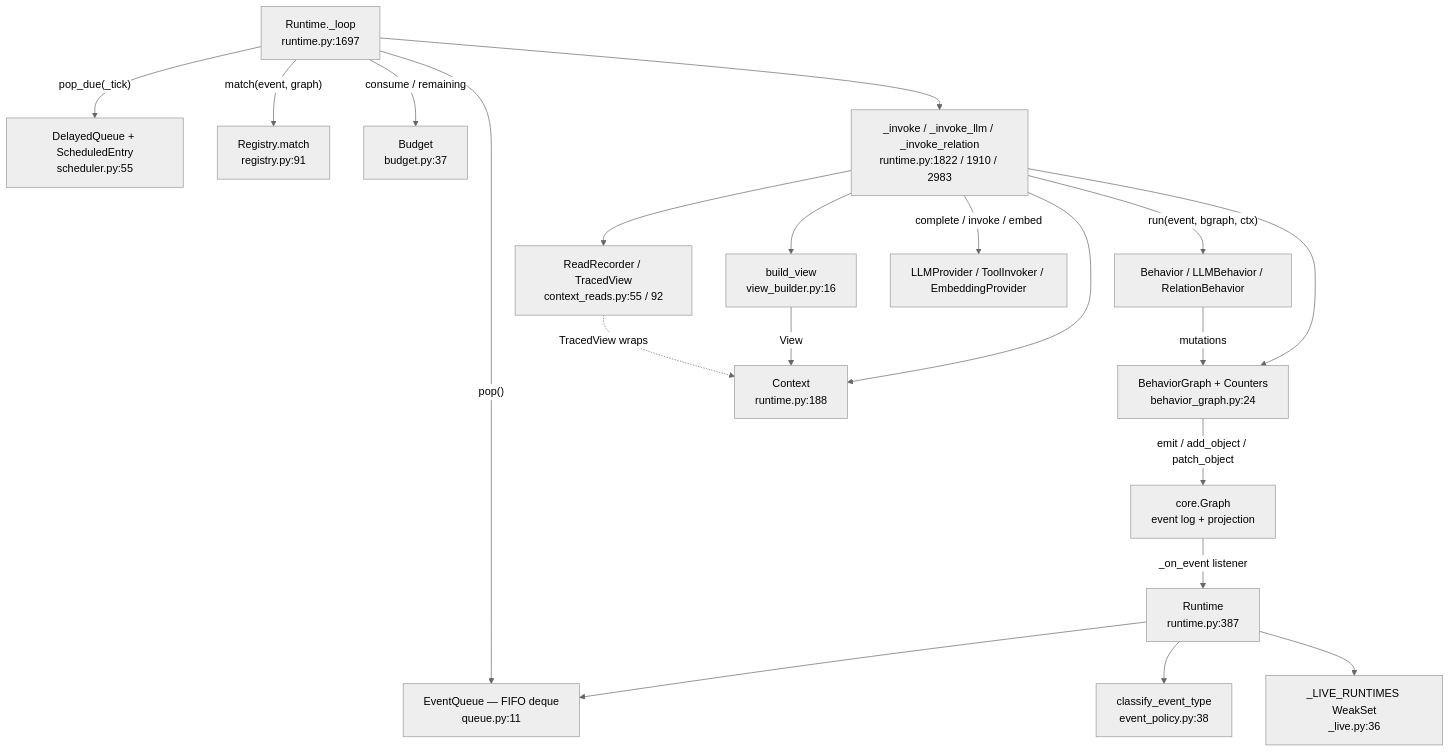
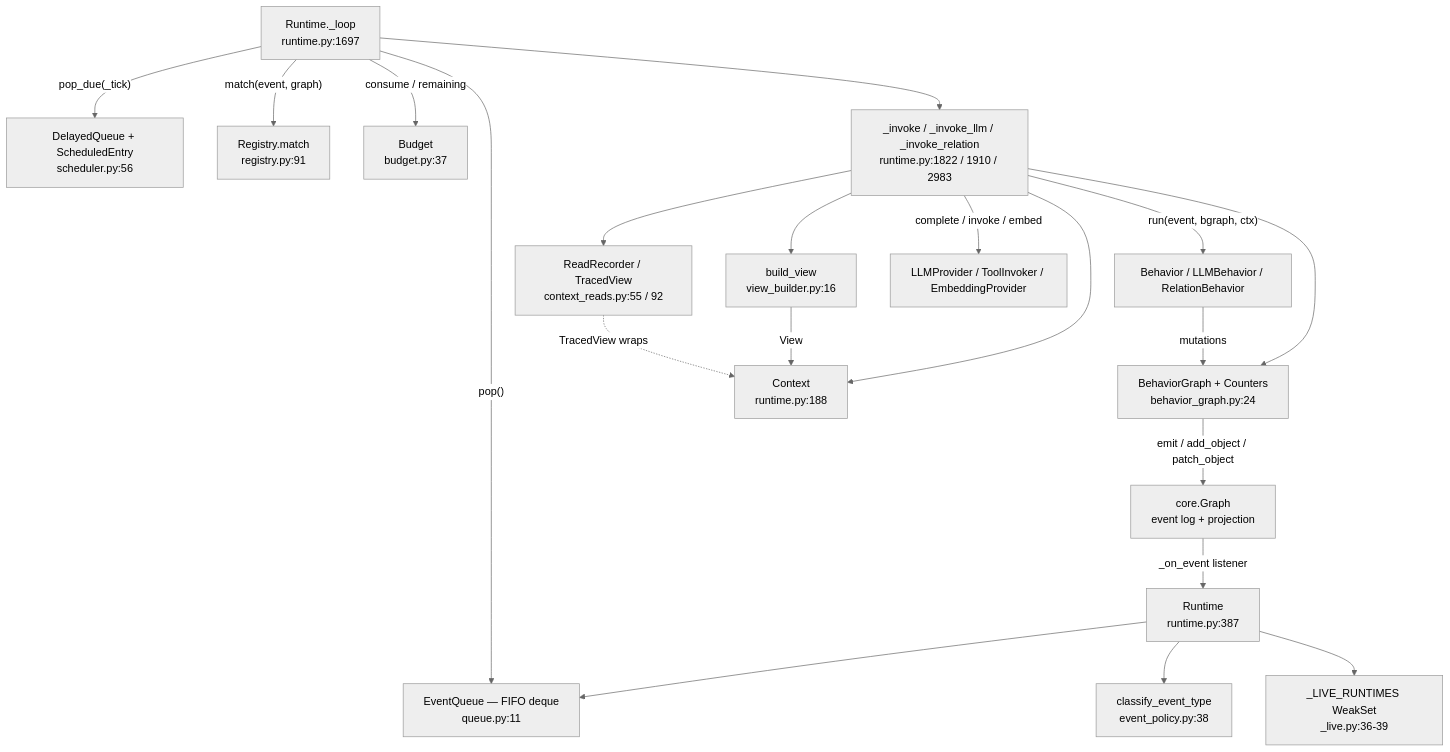
The first of 2 diagrams in specs/02-runtime-core.md (tha-hammer/silmari-activegraph), drawn with Mermaid (neutral theme) before and after one commit. The commit also changed other lines of this file, not shown here.

````diff
--- a/specs/02-runtime-core.md
+++ b/specs/02-runtime-core.md
@@ -24,39 +24,39 @@
 ```mermaid
 graph TD
     Graph["core.Graph<br/>event log + projection"]
     RT["Runtime<br/>runtime.py:387"]
     Q["EventQueue — FIFO deque<br/>queue.py:11"]
-    D["DelayedQueue + ScheduledEntry<br/>scheduler.py:55"]
+    D["DelayedQueue + ScheduledEntry<br/>scheduler.py:56"]
     REG["Registry.match<br/>registry.py:91"]
     BUD["Budget<br/>budget.py:37"]
     POL["classify_event_type<br/>event_policy.py:38"]
     LOOP["Runtime._loop<br/>runtime.py:1697"]
     INV["_invoke / _invoke_llm / _invoke_relation<br/>runtime.py:1822 / 1910 / 2983"]
     VB["build_view<br/>view_builder.py:16"]
     BG["BehaviorGraph + Counters<br/>behavior_graph.py:24"]
     CTX["Context<br/>runtime.py:188"]
     RR["ReadRecorder / TracedView<br/>context_reads.py:55 / 92"]
     BEH["Behavior / LLMBehavior / RelationBehavior"]
     EXT["LLMProvider / ToolInvoker / EmbeddingProvider"]
-    LIVE["_LIVE_RUNTIMES WeakSet<br/>_live.py:36"]
+    LIVE["_LIVE_RUNTIMES WeakSet<br/>_live.py:36-39"]
 
     Graph -->|"_on_event listener"| RT
     RT --> POL
     RT --> Q
     RT --> LIVE
     LOOP -->|"pop()"| Q
     LOOP -->|"pop_due(_tick)"| D
     LOOP -->|"match(event, graph)"| REG
     LOOP -->|"consume / remaining"| BUD
     LOOP --> INV
     INV --> VB
     INV --> BG
     INV --> CTX
     INV --> RR
     VB -->|"View"| CTX
     RR -.->|"TracedView wraps"| CTX
     INV -->|"run(event, bgraph, ctx)"| BEH
     INV -->|"complete / invoke / embed"| EXT
     BEH -->|"mutations"| BG
     BG -->|"emit / add_object / patch_object"| Graph
 ```
````
